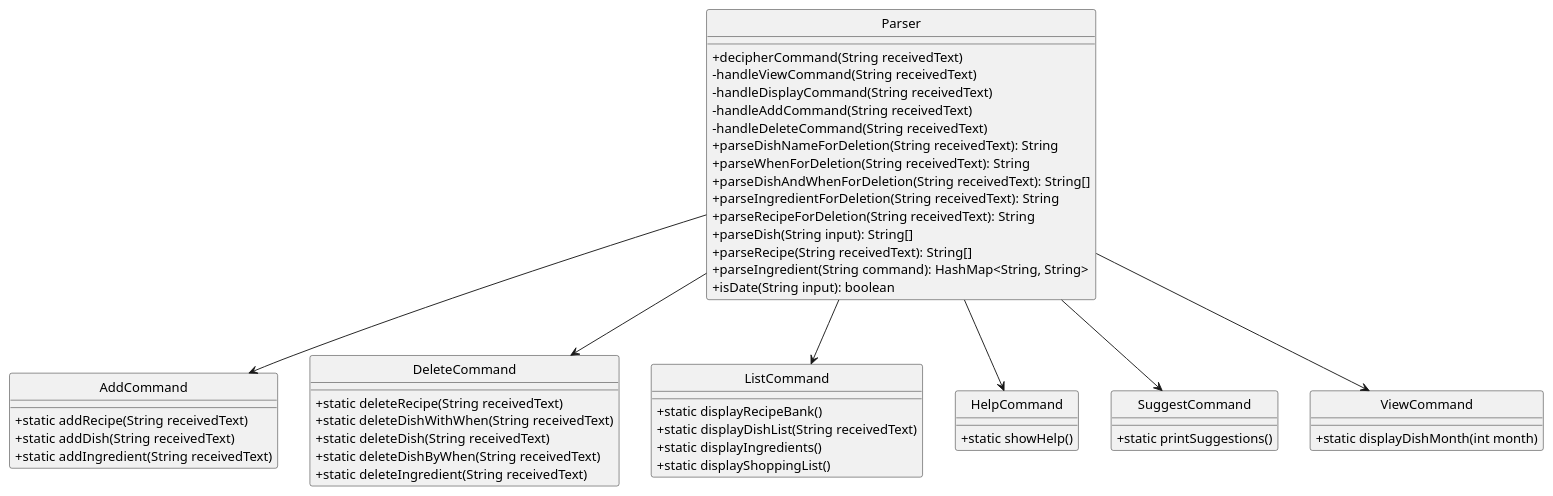
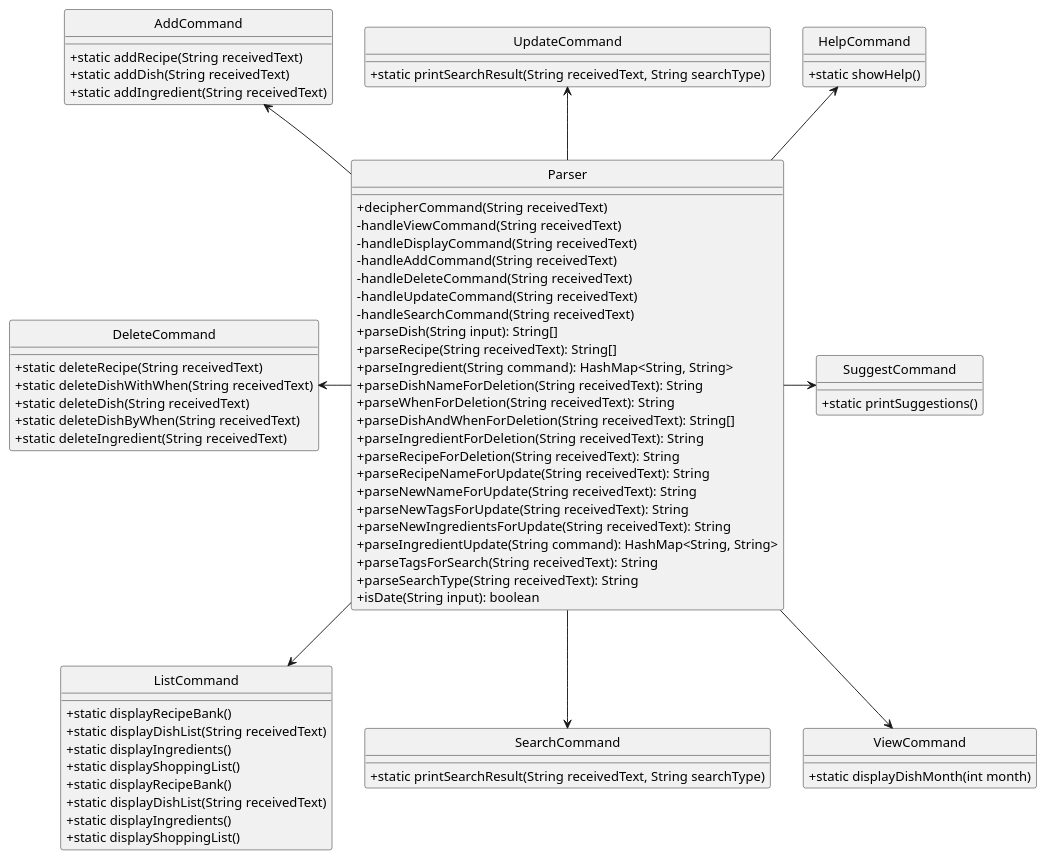
One commit to whalesyong/tp changed the diagram in src/main/java/seedu/cookingaids/diagrams/Parser.puml. Above: the diagram before and after it, drawn with PlantUML. The commit also changed 3 other files, not shown here.

Commit message:
Parser diagram update

```diff
--- a/src/main/java/seedu/cookingaids/diagrams/Parser.puml
+++ b/src/main/java/seedu/cookingaids/diagrams/Parser.puml
@@ -1,63 +1,90 @@
 @startuml
 
 hide circle
 skinparam classAttributeIconSize 0
 
 class Parser {
 + decipherCommand(String receivedText)
 - handleViewCommand(String receivedText)
 - handleDisplayCommand(String receivedText)
 - handleAddCommand(String receivedText)
 - handleDeleteCommand(String receivedText)
+- handleUpdateCommand(String receivedText)
+- handleSearchCommand(String receivedText)
++ parseDish(String input): String[]
++ parseRecipe(String receivedText): String[]
++ parseIngredient(String command): HashMap<String, String>
 + parseDishNameForDeletion(String receivedText): String
 + parseWhenForDeletion(String receivedText): String
 + parseDishAndWhenForDeletion(String receivedText): String[]
 + parseIngredientForDeletion(String receivedText): String
 + parseRecipeForDeletion(String receivedText): String
-+ parseDish(String input): String[]
-+ parseRecipe(String receivedText): String[]
-+ parseIngredient(String command): HashMap<String, String>
++ parseRecipeNameForUpdate(String receivedText): String
++ parseNewNameForUpdate(String receivedText): String
++ parseNewTagsForUpdate(String receivedText): String
++ parseNewIngredientsForUpdate(String receivedText): String
++ parseIngredientUpdate(String command): HashMap<String, String>
++ parseTagsForSearch(String receivedText): String
++ parseSearchType(String receivedText): String
 + isDate(String input): boolean
 }
 
 class AddCommand {
 + static addRecipe(String receivedText)
 + static addDish(String receivedText)
 + static addIngredient(String receivedText)
 }
 
 class DeleteCommand {
 + static deleteRecipe(String receivedText)
 + static deleteDishWithWhen(String receivedText)
 + static deleteDish(String receivedText)
 + static deleteDishByWhen(String receivedText)
 + static deleteIngredient(String receivedText)
 }
 
 class ListCommand {
 + static displayRecipeBank()
 + static displayDishList(String receivedText)
 + static displayIngredients()
 + static displayShoppingList()
 }
 
+class ListCommand {
++ static displayRecipeBank()
++ static displayDishList(String receivedText)
++ static displayIngredients()
++ static displayShoppingList()
+}
+
 class HelpCommand {
 + static showHelp()
 }
 
 class SuggestCommand {
 + static printSuggestions()
 }
 
+class SearchCommand {
++ static printSearchResult(String receivedText, String searchType)
+}
+
+class UpdateCommand {
++ static printSearchResult(String receivedText, String searchType)
+}
+
 class ViewCommand {
 + static displayDishMonth(int month)
 }
 
-Parser --> AddCommand
-Parser --> DeleteCommand
+Parser -up-> HelpCommand
+Parser -up-> UpdateCommand
+Parser -up-> AddCommand
+DeleteCommand <- Parser
 Parser --> ListCommand
-Parser --> HelpCommand
-Parser --> SuggestCommand
+Parser -> SuggestCommand
+Parser --> SearchCommand
 Parser --> ViewCommand
 
+
 @enduml
```
